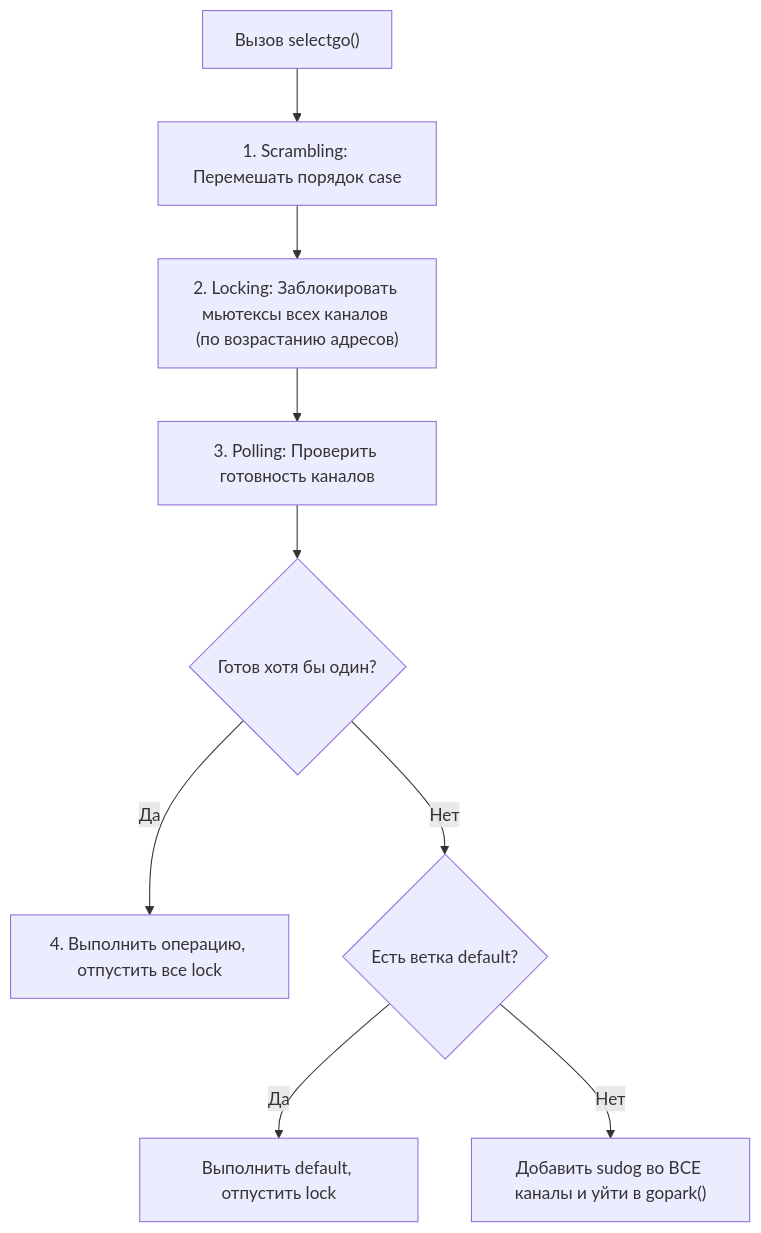
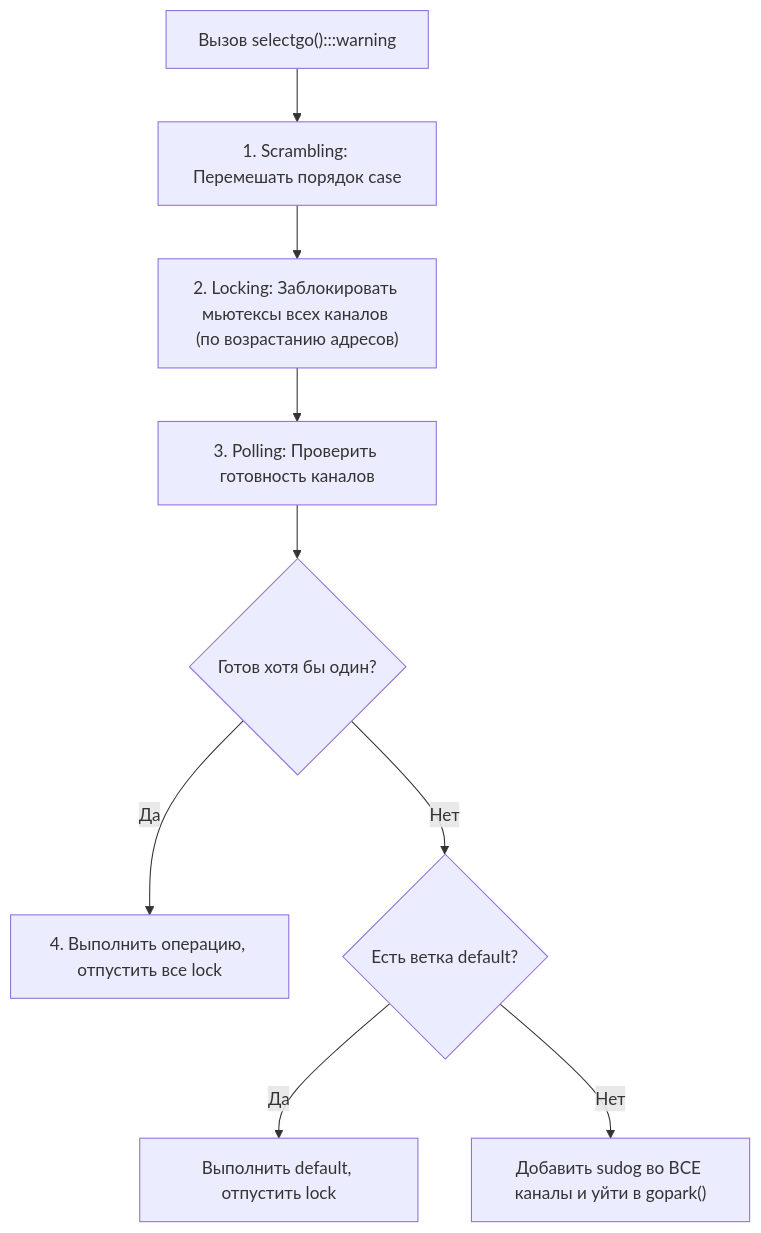
The fourth of 4 diagrams in sources/5. Учебник по Go (Основы и синтаксис)/37. Каналы под капотом. Буферизация, блокировки и select.md (UnrealTemplier/go-textbook), drawn with Mermaid before and after one commit. The commit also changed other lines of this file and 1666 other files, not shown here.

First line of the commit message:
feat(mermaid): add semantic color classDef to 1369 colorless flowchart/graph diagrams

````diff
--- a/sources/5. Учебник по Go (Основы и синтаксис)/37. Каналы под капотом. Буферизация, блокировки и select.md
+++ b/sources/5. Учебник по Go (Основы и синтаксис)/37. Каналы под капотом. Буферизация, блокировки и select.md
@@ -175,11 +185,21 @@
 ```mermaid
 flowchart TD
-    Start["Вызов selectgo()"] --> Scramble["1. Scrambling: Перемешать порядок case"]
+    classDef process  fill:#1e293b,stroke:#38bdf8,stroke-width:1px,color:#f8fafc
+    classDef success  fill:#064e3b,stroke:#34d399,stroke-width:1px,color:#f8fafc
+    classDef error    fill:#7f1d1d,stroke:#f87171,stroke-width:1px,color:#f8fafc
+    classDef warning  fill:#78350f,stroke:#fbbf24,stroke-width:1px,color:#f8fafc
+    classDef entry    fill:#1e3a5f,stroke:#38bdf8,stroke-width:2px,color:#f8fafc
+    classDef aux      fill:#334155,stroke:#64748b,stroke-width:1px,color:#f8fafc
+    classDef system   fill:#312e81,stroke:#a78bfa,stroke-width:1px,color:#f8fafc
+    classDef data     fill:#132d29,stroke:#2dd4bf,stroke-width:1px,color:#f8fafc
+    classDef network  fill:#881337,stroke:#fb7185,stroke-width:1px,color:#f8fafc
+    classDef accent   fill:#1e1b4b,stroke:#818cf8,stroke-width:1px,color:#f8fafc
+    Start["Вызов selectgo():::warning"] --> Scramble["1. Scrambling: Перемешать порядок case"]
     Scramble --> LockAll["2. Locking: Заблокировать мьютексы всех каналов (по возрастанию адресов)"]
     LockAll --> Poll["3. Polling: Проверить готовность каналов"]
     Poll --> Ready{"Готов хотя бы один?"}
     Ready -->|"Да"| Exec["4. Выполнить операцию, отпустить все lock"]
     Ready -->|"Нет"| HasDef{"Есть ветка default?"}
     HasDef -->|"Да"| DefExec["Выполнить default, отпустить lock"]
     HasDef -->|"Нет"| Park["Добавить sudog во ВСЕ каналы и уйти в gopark()"]
 ```
````
